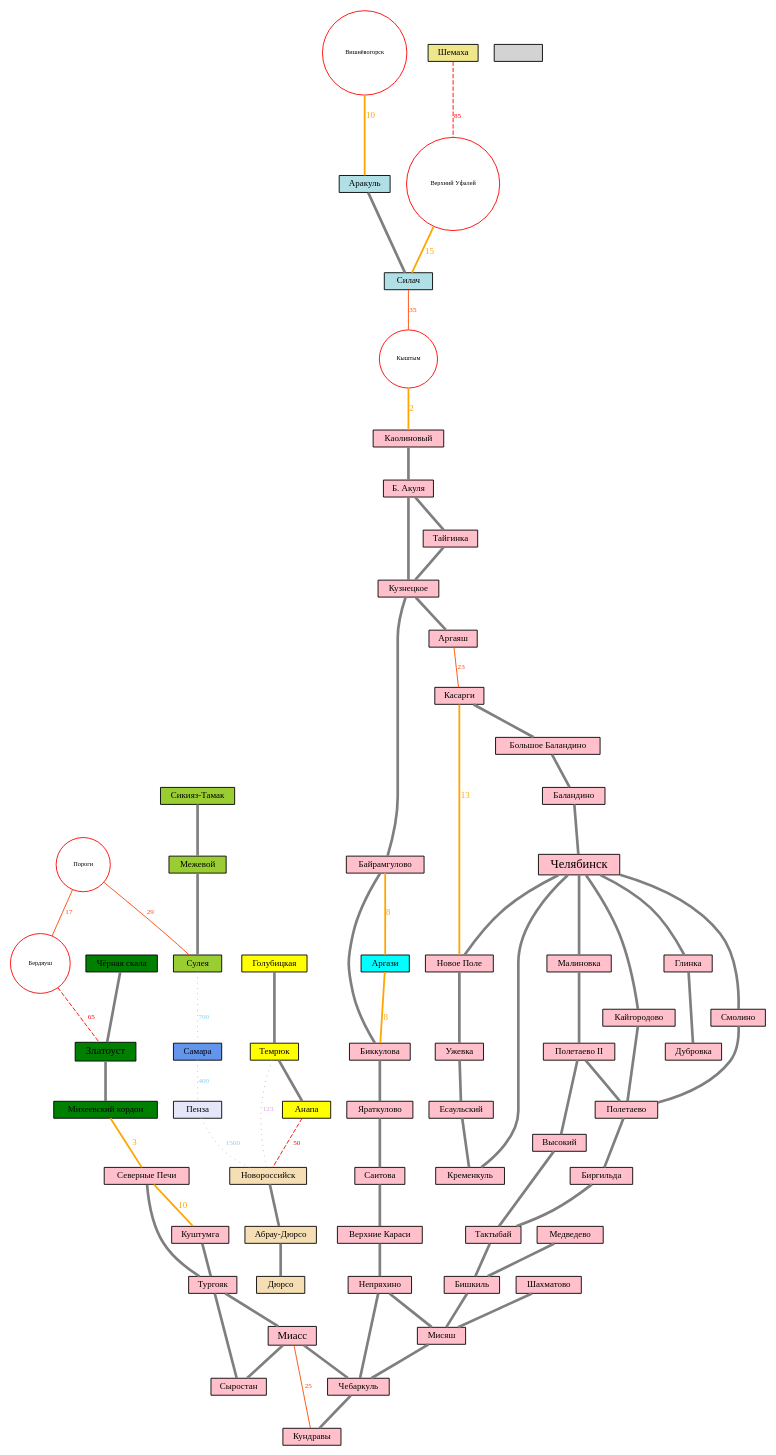
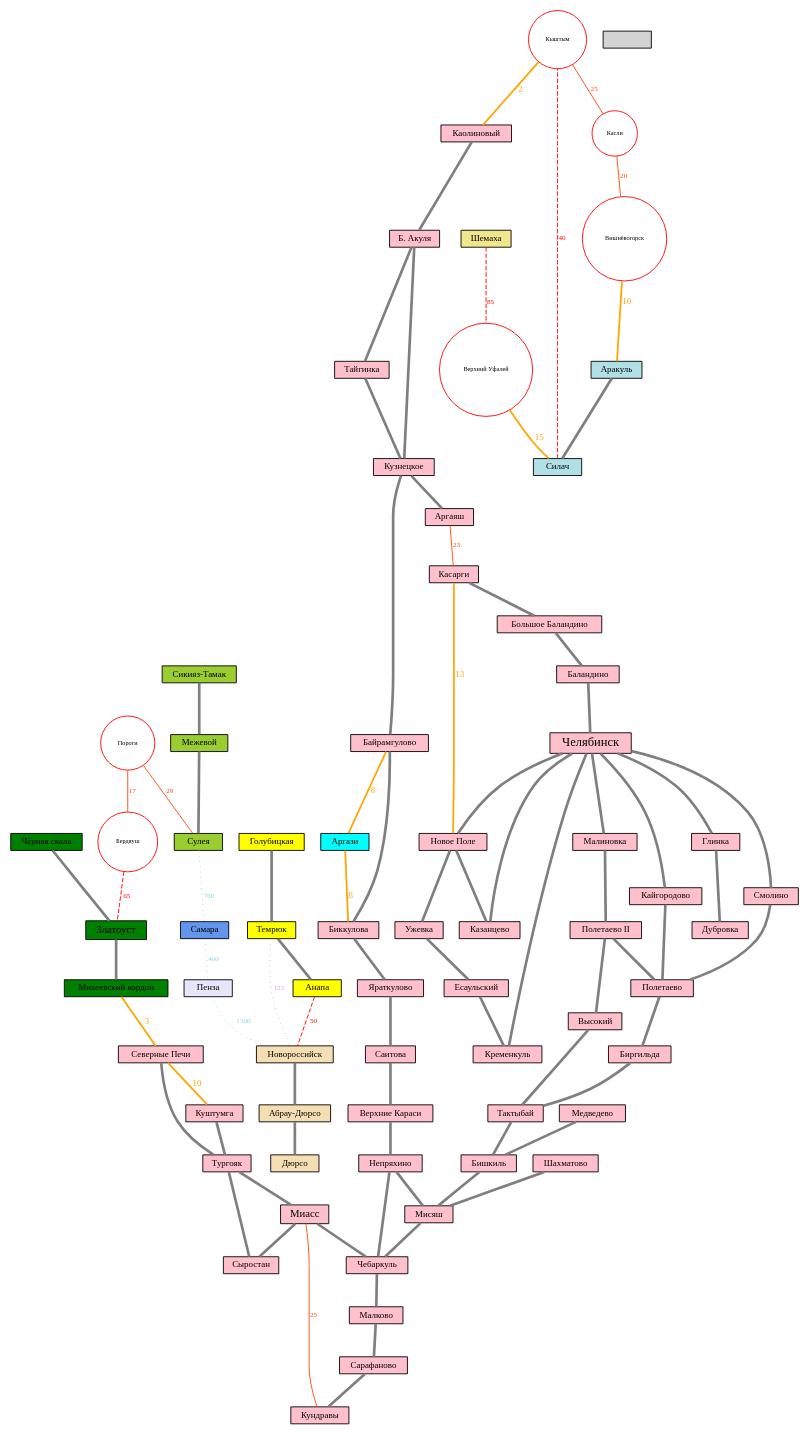
Before and after one commit to shoorick/bike-area: the diagram in bike-area.dot, drawn with Graphviz.

Commit message:
Добавлены промежуточные населённые пункты

```diff
--- a/bike-area.dot
+++ b/bike-area.dot
@@ -1,129 +1,132 @@
 graph G {
     node [ shape=box, fontsize=10, fontname="Droid Sans", style=filled, height=0.2 ]
     edge [ color=gray50, penwidth=3, fontname="Droid Sans" ]
     graph [ overlap=false ]
 
     subgraph main {
         node [ fillcolor=pink ]
 
         Челябинск [ fontsize=14 ]
         Миасс [ fontsize=12 ]
         Челябинск -- Смолино -- Полетаево -- Биргильда -- Тактыбай -- Бишкиль -- Мисяш -- Чебаркуль
         Миасс -- Чебаркуль
         Непряхино -- Мисяш
         Шахматово -- Мисяш
 //        Бишкиль -- Медведево 
         Медведево -- Бишкиль
         Челябинск -- Малиновка -- "Полетаево II" -- Высокий -- Тактыбай
         "Полетаево II" -- Полетаево
-        Каолиновый -- "Б. Акуля" -- Кузнецкое -- Байрамгулово -- Биккулова -- Яраткулово -- Саитова -- "Верхние Караси" -- Непряхино -- Чебаркуль -- Кундравы
+        Каолиновый -- "Б. Акуля" -- Кузнецкое -- Байрамгулово -- Биккулова -- Яраткулово -- Саитова -- "Верхние Караси" -- Непряхино -- Чебаркуль -- Малково -- Сарафаново -- Кундравы
         "Б. Акуля" -- Тайгинка -- Кузнецкое -- Аргаяш
         Челябинск -- Кайгородово -- Полетаево
         Есаульский -- Кременкуль -- Челябинск
         Касарги -- "Большое Баландино" -- Баландино -- Челябинск
         "Северные Печи" -- Тургояк -- Миасс -- Сыростан
         Куштумга -- Тургояк -- Сыростан
         Челябинск -- "Новое Поле" -- Ужевка -- Есаульский
+        "Новое Поле" -- Казанцево -- Челябинск
         Челябинск -- Глинка -- Дубровка
     }
 
     subgraph north {
         node [ fillcolor=powderblue ]
 
         Аракуль -- Силач
     }
 
     subgraph argazi {
         node [ fillcolor=cyan ]
 
         Аргази
     }
 
     subgraph penza {
         node [ fillcolor=lavender ]
 
         Пенза
     }
 
     subgraph samara {
         node [ fillcolor=cornflowerblue ]
 
         Самара
     }
 
     subgraph shemakha {
         node [ fillcolor=khaki ]
 
         Шемаха
     }
 
     subgraph mount {
         node [ fillcolor=green ]
         Златоуст [ fontsize=12 ]
 
         "Чёрная скала" -- Златоуст -- "Михеевский кордон"
     }
 
     subgraph ai {
         node [ fillcolor=yellowgreen ]
 
         "Сикияз-Тамак" -- Межевой -- Сулея
     }
 
     subgraph south1 {
         node [ fillcolor=yellow ]
 
         Голубицкая -- Темрюк -- Анапа
     }
 
     subgraph south2 {
         node [ fillcolor=wheat ]
 
         Новороссийск -- "Абрау-Дюрсо" -- Дюрсо
     }
 
     subgraph failed_cities {
         node [ shape="circle",fillcolor="white",color="red",fontsize=7, height=0.1 ]
-        Кыштым Пороги Бердяуш Вишнёвогорск "Верхний Уфалей"
+        Кыштым Касли Пороги Бердяуш Вишнёвогорск "Верхний Уфалей"
     }
 
     subgraph failed {
 
         // Ближние — можно пройти за час
         edge [ color=orange, fontcolor=orange, fontsize=10, penwidth=2 ]
         Кыштым -- Каолиновый [ label=2 ]
         "Михеевский кордон" -- "Северные Печи" [ label=3 ]
         Байрамгулово -- Аргази -- Биккулова [ label=8 ]
         Вишнёвогорск -- Аракуль  [ label=10 ]
         "Северные Печи" -- Куштумга [ label=10 ]
         Касарги -- "Новое Поле" [ label=13 ]
         "Верхний Уфалей" -- Силач [ label=15 ]
 
         // Ближние
         edge [ color=orangered, fontcolor=orangered, fontsize=8, penwidth=1 ]
         Пороги -- Бердяуш [ label=17 ]
         Миасс -- Кундравы  [ label=25 ]
         Аргаяш -- Касарги  [ label=23 ]
         Пороги -- Сулея  [ label=29 ]
-        Силач -- Кыштым  [ label=35 ]
+        Кыштым -- Касли  [ label=25 ]
+        Касли -- Вишнёвогорск [ label=20]
 
         // Средние — можно пройти за день
         edge [ color=red, fontcolor=red, style="dashed" ]
+        Силач -- Кыштым  [ label=40 ]
         Анапа -- Новороссийск [ label=50 ]
         Шемаха -- "Верхний Уфалей" [ label=85 ]
         Бердяуш -- Златоуст [ label=65 ]
 
         // Дальние
         edge [ color=plum, fontcolor=plum, style="dotted" ]
         Темрюк -- Новороссийск [ label=123 ]
-        
+
         // Совсем дальние — нереально проехать
         edge [ color=skyblue, fontcolor=skyblue ]
         Самара -- Пенза [ label=400 ]
         Сулея -- Самара [ label=700 ]
         Пенза -- Новороссийск [ label=1500 ]
 
     }
 }
 
 // https://gist.github.com/shoorick/6155062
```
